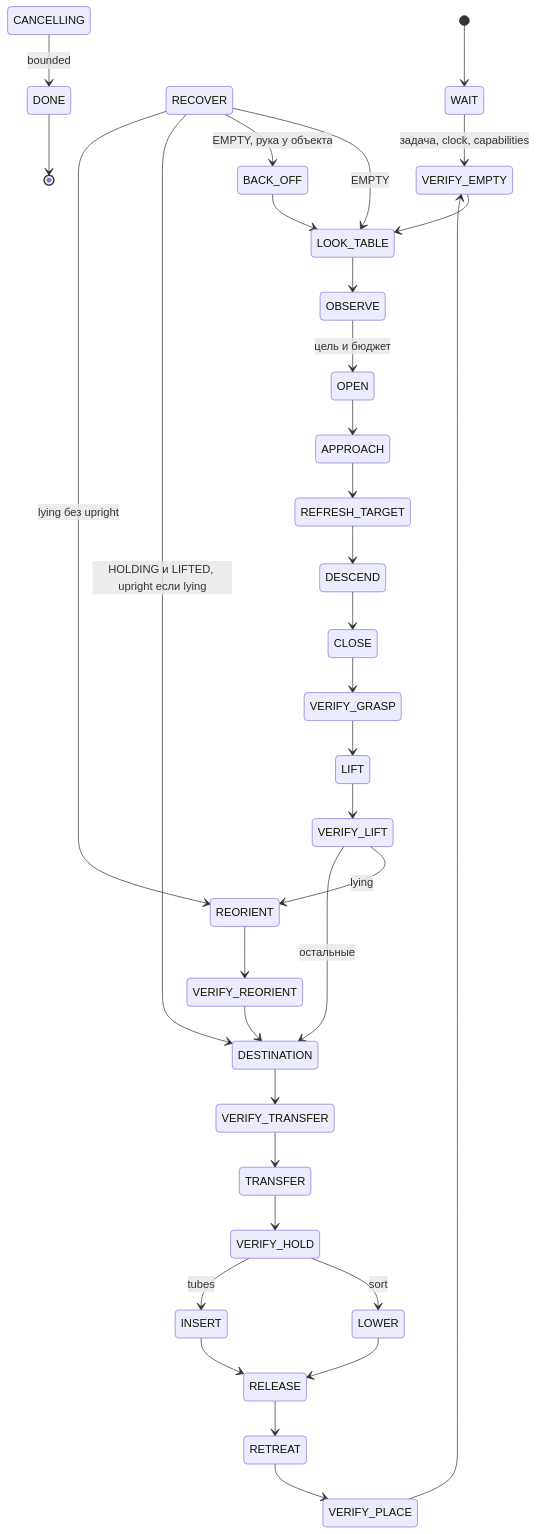
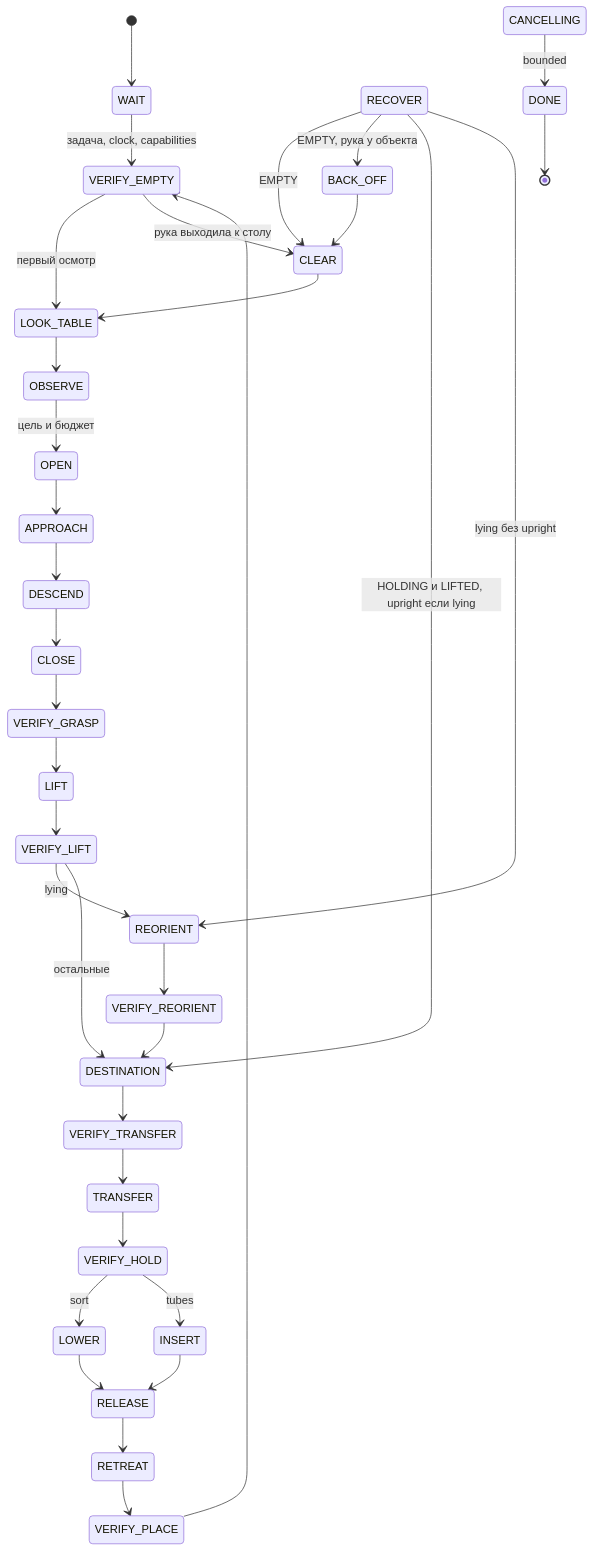
The diagram in docs/FSM_SPEC.md (NoGuarantee/humanoid-tabletop-sorting), drawn with Mermaid before and after one commit. The commit also changed other lines of this file and 6 other files, not shown here.

First line of the commit message:
brain: take the arm out of view before each look, descend right after the approach

````diff
--- a/docs/FSM_SPEC.md
+++ b/docs/FSM_SPEC.md
@@ -180,36 +181,37 @@
 ```mermaid
 stateDiagram-v2
     [*] --> WAIT
     WAIT --> VERIFY_EMPTY: задача, clock, capabilities
-    VERIFY_EMPTY --> LOOK_TABLE
+    VERIFY_EMPTY --> LOOK_TABLE: первый осмотр
+    VERIFY_EMPTY --> CLEAR: рука выходила к столу
+    CLEAR --> LOOK_TABLE
     LOOK_TABLE --> OBSERVE
     OBSERVE --> OPEN: цель и бюджет
     OPEN --> APPROACH
-    APPROACH --> REFRESH_TARGET
-    REFRESH_TARGET --> DESCEND
+    APPROACH --> DESCEND
     DESCEND --> CLOSE
     CLOSE --> VERIFY_GRASP
     VERIFY_GRASP --> LIFT
     LIFT --> VERIFY_LIFT
     VERIFY_LIFT --> REORIENT: lying
     REORIENT --> VERIFY_REORIENT
     VERIFY_REORIENT --> DESTINATION
     VERIFY_LIFT --> DESTINATION: остальные
     DESTINATION --> VERIFY_TRANSFER
     VERIFY_TRANSFER --> TRANSFER
     TRANSFER --> VERIFY_HOLD
     VERIFY_HOLD --> LOWER: sort
     VERIFY_HOLD --> INSERT: tubes
     LOWER --> RELEASE
     INSERT --> RELEASE
     RELEASE --> RETREAT
     VERIFY_PLACE --> VERIFY_EMPTY
     RETREAT --> VERIFY_PLACE
-    RECOVER --> LOOK_TABLE: EMPTY
+    RECOVER --> CLEAR: EMPTY
     RECOVER --> BACK_OFF: EMPTY, рука у объекта
-    BACK_OFF --> LOOK_TABLE
+    BACK_OFF --> CLEAR
     RECOVER --> DESTINATION: HOLDING и LIFTED, upright если lying
     RECOVER --> REORIENT: lying без upright
     CANCELLING --> DONE: bounded
     DONE --> [*]
 ```
````
